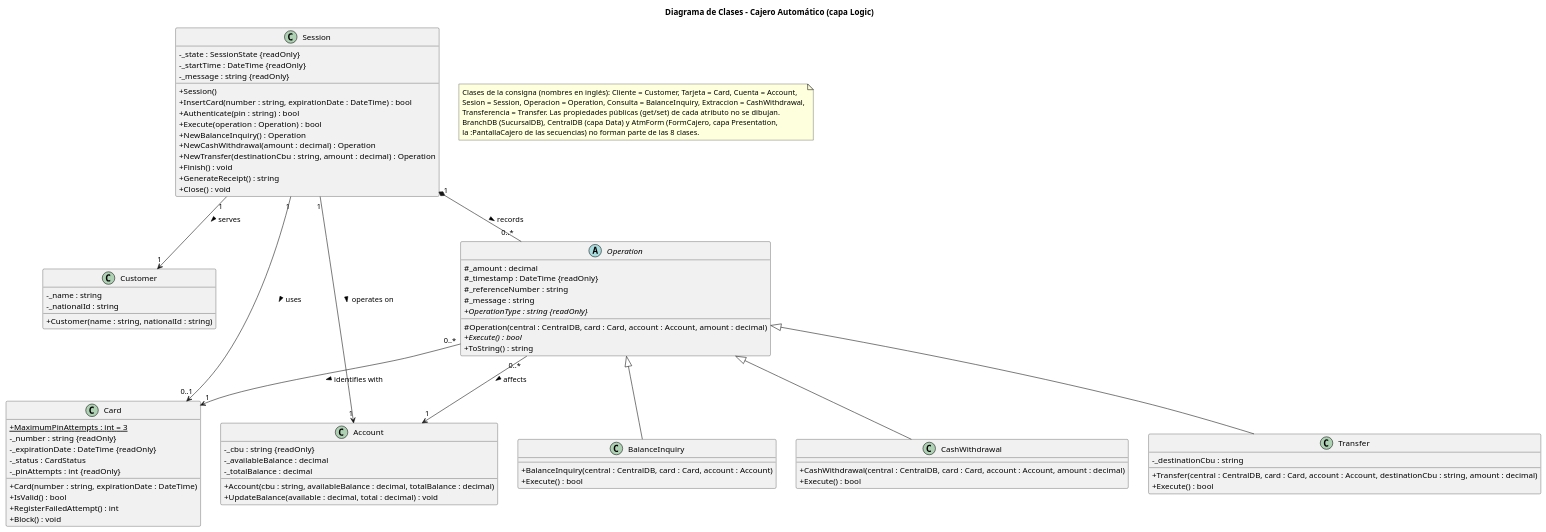
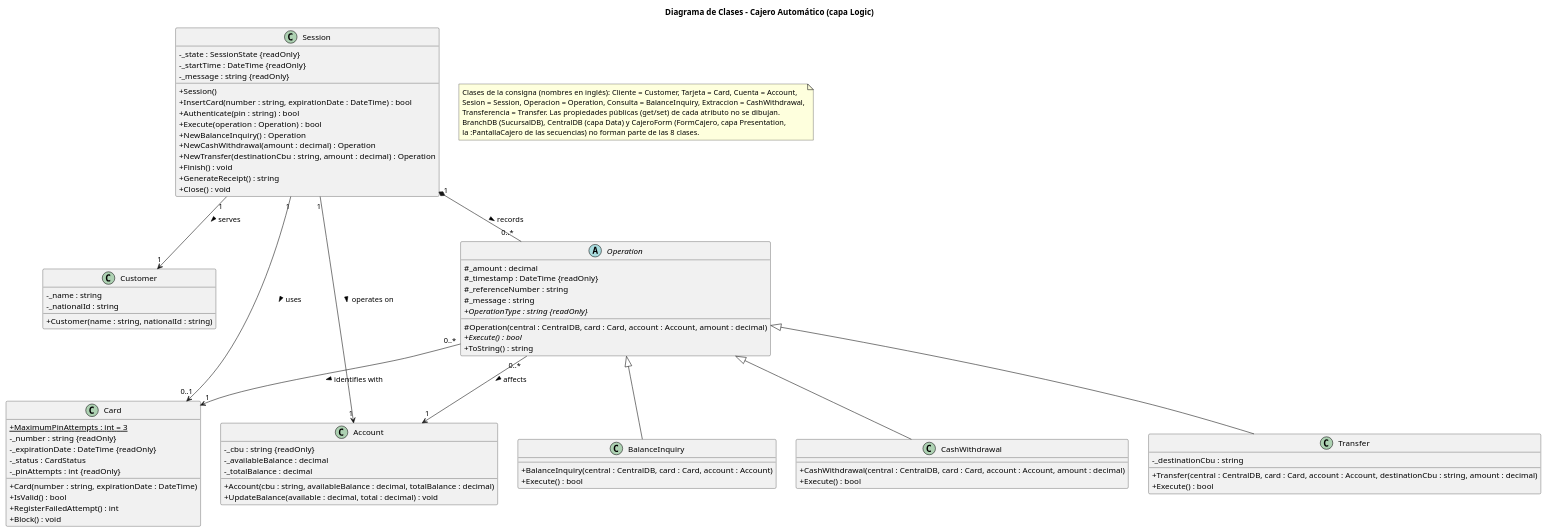
One commit to 4l3j0Ok/institute-third-year changed the diagram in diseno-e-implementacion-de-sistemas/trabajo-integrador/diagrams/04_clases.puml. Above: the diagram before and after it, drawn with PlantUML. The commit also changed 66 other files, not shown here.

```diff
--- a/diseno-e-implementacion-de-sistemas/trabajo-integrador/diagrams/04_clases.puml
+++ b/diseno-e-implementacion-de-sistemas/trabajo-integrador/diagrams/04_clases.puml
@@ -1,93 +1,93 @@
 @startuml 04_clases
 title Diagrama de Clases - Cajero Automático (capa Logic)
 skinparam shadowing false
 skinparam classAttributeIconSize 0
 
 class Customer {
   - _name : string
   - _nationalId : string
   + Customer(name : string, nationalId : string)
 }
 
 class Card {
   + {static} MaximumPinAttempts : int = 3
   - _number : string {readOnly}
   - _expirationDate : DateTime {readOnly}
   - _status : CardStatus
   - _pinAttempts : int {readOnly}
   + Card(number : string, expirationDate : DateTime)
   + IsValid() : bool
   + RegisterFailedAttempt() : int
   + Block() : void
 }
 
 class Account {
   - _cbu : string {readOnly}
   - _availableBalance : decimal
   - _totalBalance : decimal
   + Account(cbu : string, availableBalance : decimal, totalBalance : decimal)
   + UpdateBalance(available : decimal, total : decimal) : void
 }
 
 class Session {
   - _state : SessionState {readOnly}
   - _startTime : DateTime {readOnly}
   - _message : string {readOnly}
   + Session()
   + InsertCard(number : string, expirationDate : DateTime) : bool
   + Authenticate(pin : string) : bool
   + Execute(operation : Operation) : bool
   + NewBalanceInquiry() : Operation
   + NewCashWithdrawal(amount : decimal) : Operation
   + NewTransfer(destinationCbu : string, amount : decimal) : Operation
   + Finish() : void
   + GenerateReceipt() : string
   + Close() : void
 }
 
 abstract class Operation {
   # _amount : decimal
   # _timestamp : DateTime {readOnly}
   # _referenceNumber : string
   # _message : string
   + {abstract} OperationType : string {readOnly}
   # Operation(central : CentralDB, card : Card, account : Account, amount : decimal)
   + {abstract} Execute() : bool
   + ToString() : string
 }
 
 class BalanceInquiry {
   + BalanceInquiry(central : CentralDB, card : Card, account : Account)
   + Execute() : bool
 }
 
 class CashWithdrawal {
   + CashWithdrawal(central : CentralDB, card : Card, account : Account, amount : decimal)
   + Execute() : bool
 }
 
 class Transfer {
   - _destinationCbu : string
   + Transfer(central : CentralDB, card : Card, account : Account, destinationCbu : string, amount : decimal)
   + Execute() : bool
 }
 
 Operation <|-- BalanceInquiry
 Operation <|-- CashWithdrawal
 Operation <|-- Transfer
 
 Session "1" *-- "0..*" Operation : records >
 Session "1" --> "0..1" Card : uses >
 Session "1" --> "1" Account : operates on >
 Session "1" --> "1" Customer : serves >
 Operation "0..*" --> "1" Card : identifies with >
 Operation "0..*" --> "1" Account : affects >
 
 note as layers
   Clases de la consigna (nombres en inglés): Cliente = Customer, Tarjeta = Card, Cuenta = Account,
   Sesion = Session, Operacion = Operation, Consulta = BalanceInquiry, Extraccion = CashWithdrawal,
   Transferencia = Transfer. Las propiedades públicas (get/set) de cada atributo no se dibujan.
-  BranchDB (SucursalDB), CentralDB (capa Data) y AtmForm (FormCajero, capa Presentation,
+  BranchDB (SucursalDB), CentralDB (capa Data) y CajeroForm (FormCajero, capa Presentation,
   la :PantallaCajero de las secuencias) no forman parte de las 8 clases.
 end note
 @enduml
```
